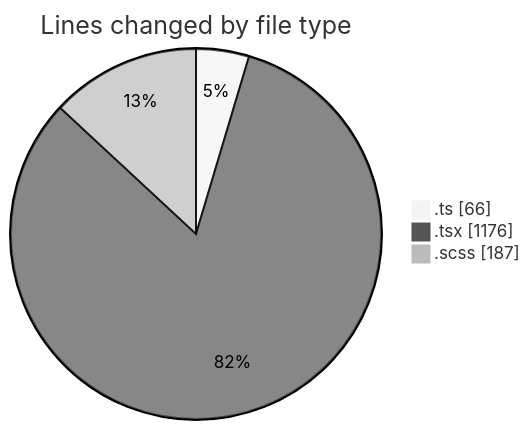
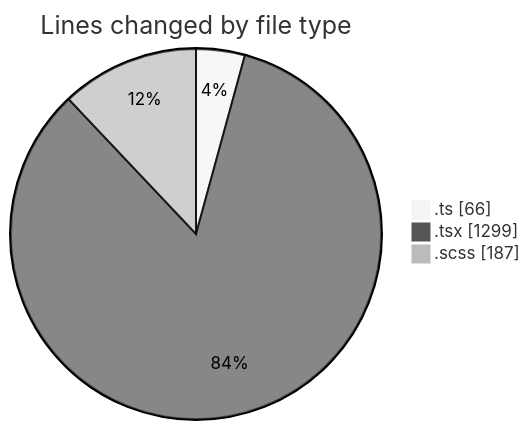
One commit to momahboobian/code-tracking changed the first of 2 diagrams in 2025-03-21/cda/README.md. Above: the diagram before and after it, drawn with Mermaid (neutral theme). The commit also changed other lines of this file and 1 other file, not shown here.

````diff
--- a/2025-03-21/cda/README.md
+++ b/2025-03-21/cda/README.md
@@ -32,7 +32,7 @@
 ```mermaid
 pie showData
 title Lines changed by file type
 ".ts" : 66
-".tsx" : 1176
+".tsx" : 1299
 ".scss" : 187
 ```
````
